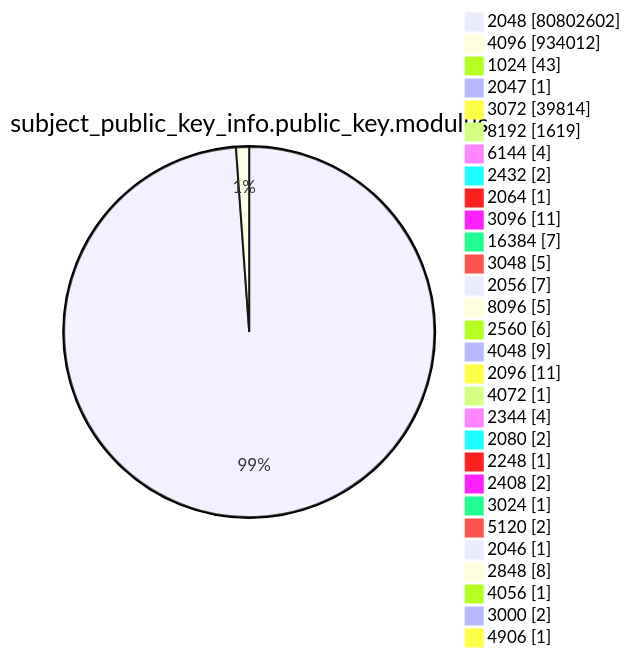
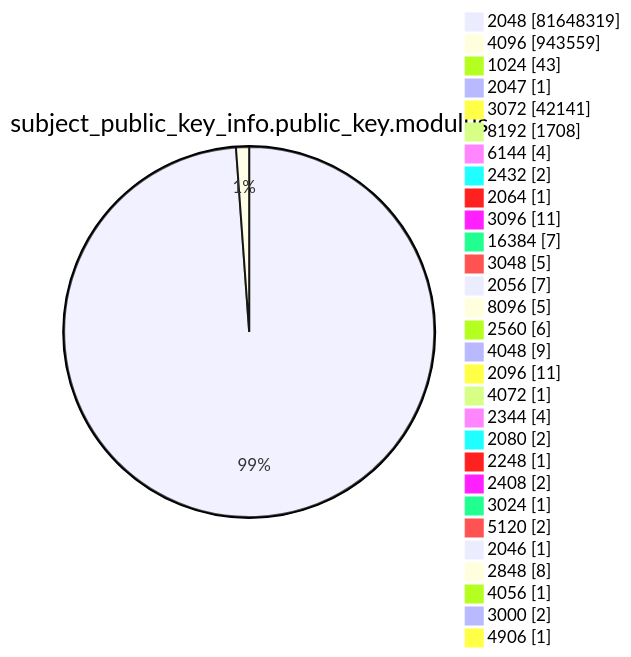
One commit to christiankrug/ctmonitor_visualization changed diagram 13 of 15 in argon2023/README.md. Above: the diagram before and after it, drawn with Mermaid. The commit also changed other lines of this file, not shown here.

````diff
--- a/argon2023/README.md
+++ b/argon2023/README.md
@@ -2712,33 +2715,33 @@
 ```mermaid
 pie showData
 title subject_public_key_info.public_key.modulus
-"2048" :80802602
-"4096" :934012
+"2048" :81648319
+"4096" :943559
 "1024" :43
 "2047" :1
-"3072" :39814
-"8192" :1619
+"3072" :42141
+"8192" :1708
 "6144" :4
 "2432" :2
 "2064" :1
 "3096" :11
 "16384" :7
 "3048" :5
 "2056" :7
 "8096" :5
 "2560" :6
 "4048" :9
 "2096" :11
 "4072" :1
 "2344" :4
 "2080" :2
 "2248" :1
 "2408" :2
 "3024" :1
 "5120" :2
 "2046" :1
 "2848" :8
 "4056" :1
 "3000" :2
 "4906" :1
 ```
````
